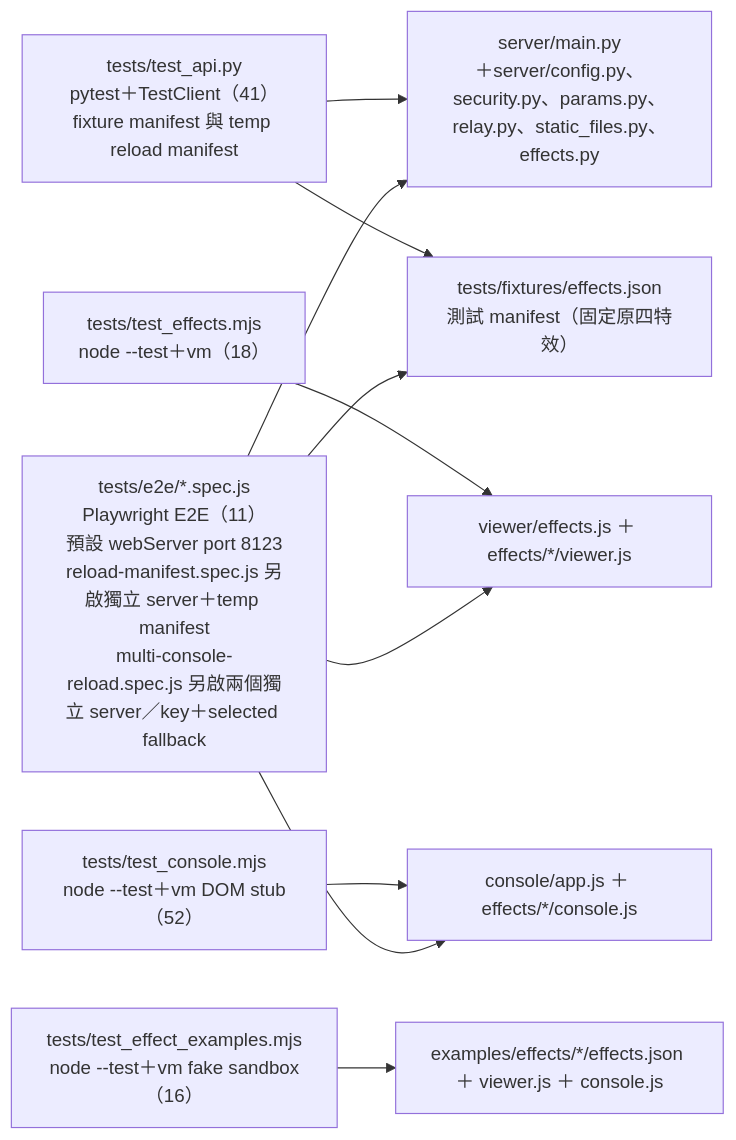
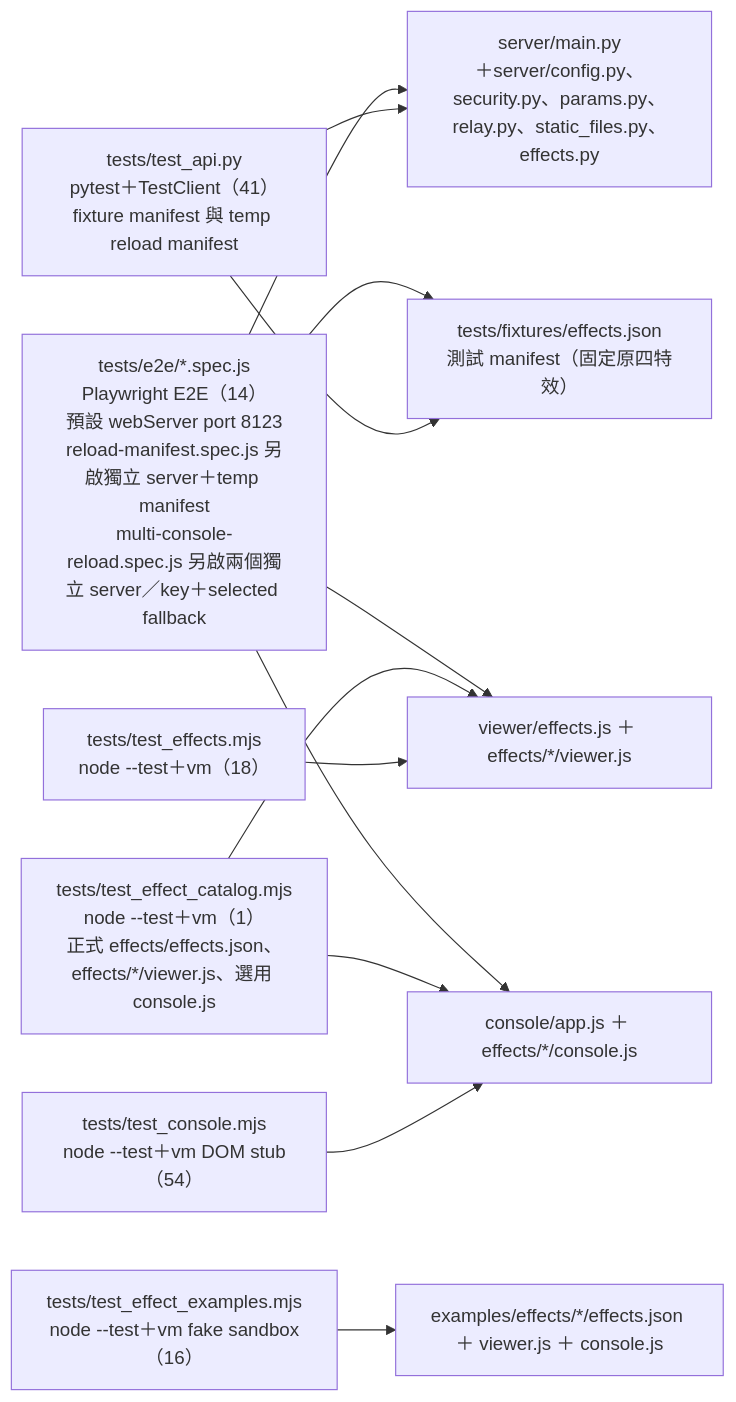
One commit to zivngit/Real-time-Interaction-html changed the sixth of 6 diagrams in docs/agents/CALL_GRAPH.md. Above: the diagram before and after it, drawn with Mermaid. The commit also changed other lines of this file and 22 other files, not shown here.

Commit message:
feat(effects): 新增 7 個正式特效與 catalog 自動檢測測試

````diff
--- a/docs/agents/CALL_GRAPH.md
+++ b/docs/agents/CALL_GRAPH.md
@@ -300,13 +300,15 @@
 ```mermaid
 flowchart LR
     TF["tests/fixtures/effects.json<br/>測試 manifest（固定原四特效）"]
     TA["tests/test_api.py<br/>pytest＋TestClient（41）<br/>fixture manifest 與 temp reload manifest"] --> M["server/main.py<br/>＋server/config.py、security.py、params.py、relay.py、static_files.py、effects.py"]
     TA --> TF
     TE["tests/test_effects.mjs<br/>node --test＋vm（18）"] --> S["viewer/effects.js ＋ effects/*/viewer.js"]
-    TC["tests/test_console.mjs<br/>node --test＋vm DOM stub（52）"] --> K["console/app.js ＋ effects/*/console.js"]
+    TC["tests/test_console.mjs<br/>node --test＋vm DOM stub（54）"] --> K["console/app.js ＋ effects/*/console.js"]
     TX["tests/test_effect_examples.mjs<br/>node --test＋vm fake sandbox（16）"] --> X["examples/effects/*/effects.json ＋ viewer.js ＋ console.js"]
-    TP["tests/e2e/*.spec.js<br/>Playwright E2E（11）<br/>預設 webServer port 8123<br/>reload-manifest.spec.js 另啟獨立 server＋temp manifest<br/>multi-console-reload.spec.js 另啟兩個獨立 server／key＋selected fallback"] --> M
+    TG["tests/test_effect_catalog.mjs<br/>node --test＋vm（1）<br/>正式 effects/effects.json、effects/*/viewer.js、選用 console.js"] --> S
+    TG --> K
+    TP["tests/e2e/*.spec.js<br/>Playwright E2E（14）<br/>預設 webServer port 8123<br/>reload-manifest.spec.js 另啟獨立 server＋temp manifest<br/>multi-console-reload.spec.js 另啟兩個獨立 server／key＋selected fallback"] --> M
     TP --> K
     TP --> S
     TP --> TF
 ```
````
